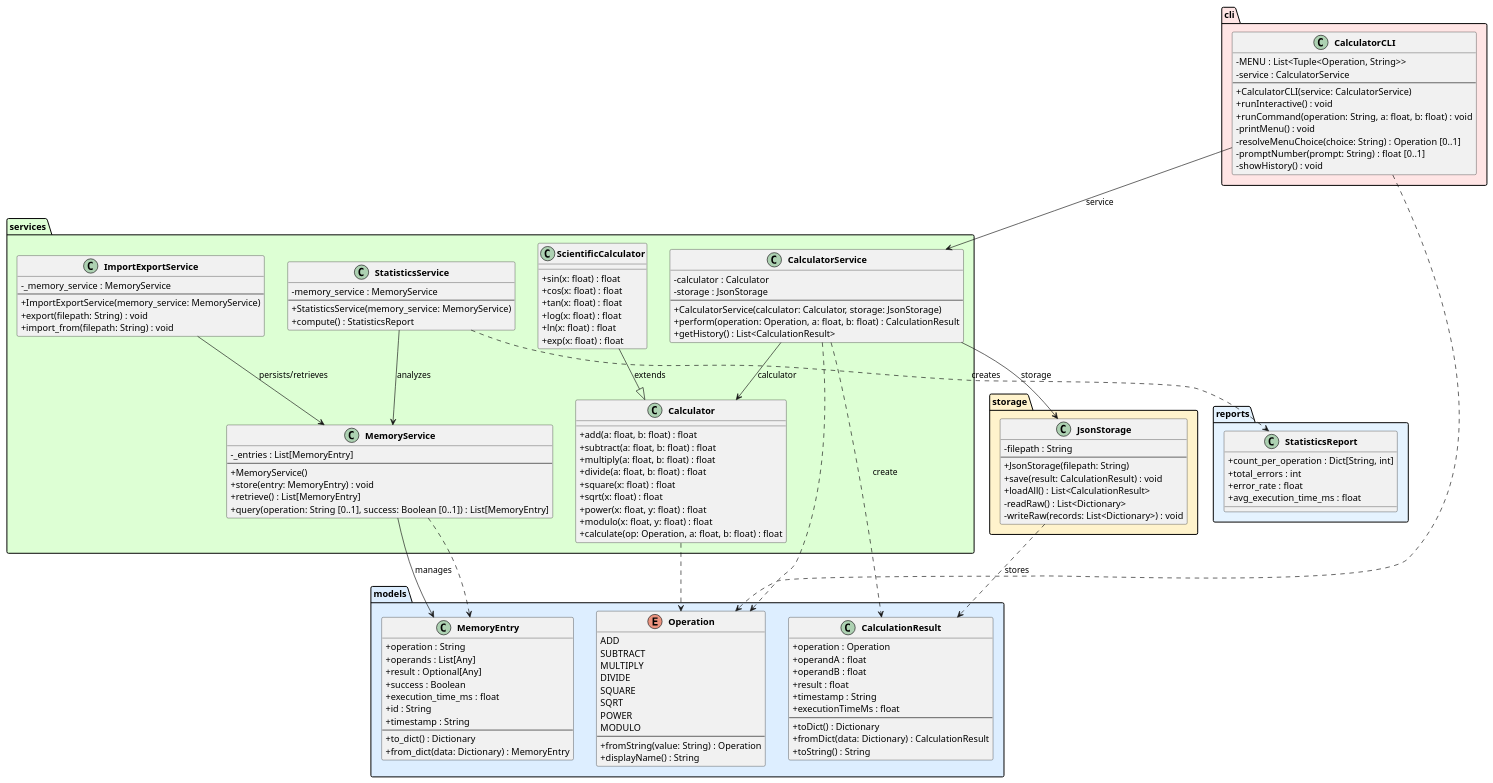
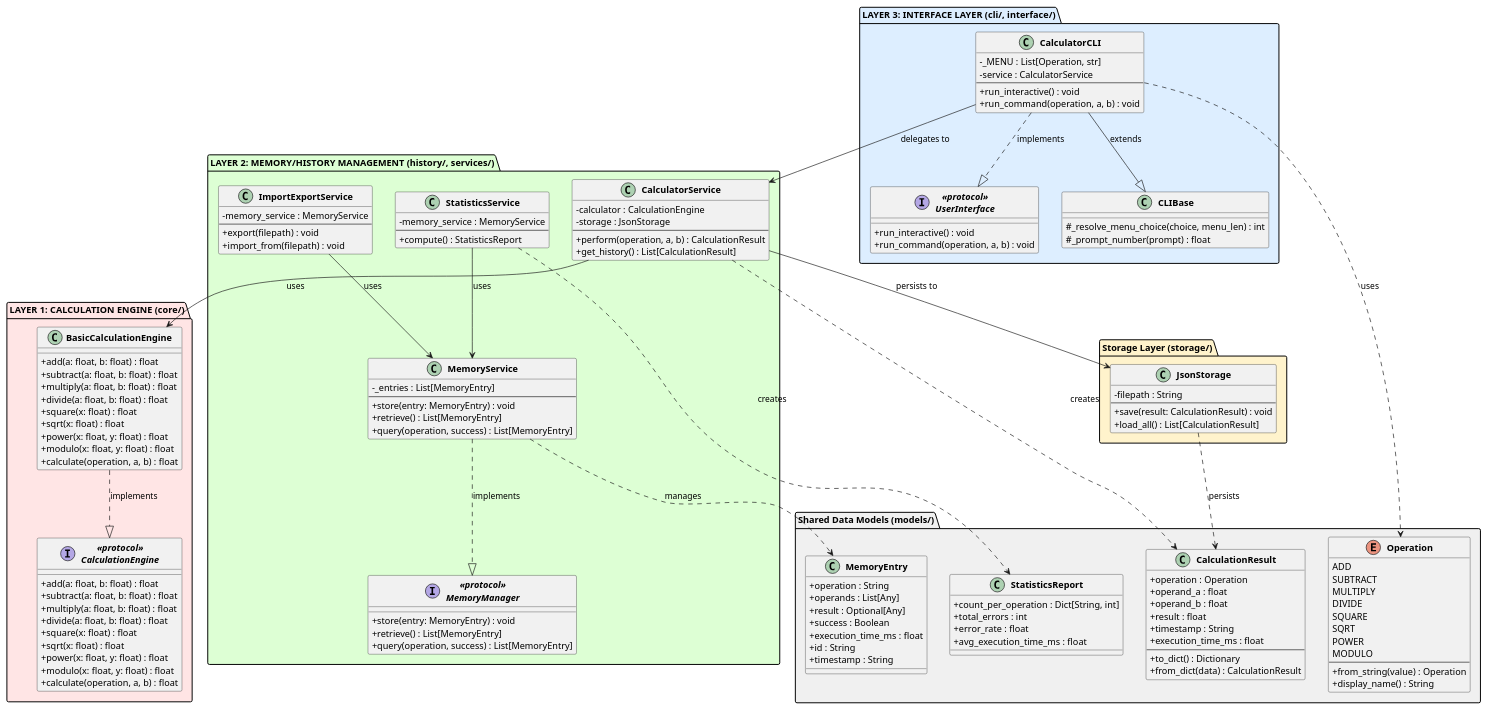
The diagram in experiments/broadcast/test_driven/calculator/artifacts/class_diagram.puml (DanielRiha8906/Software_autoevolution_using_agents), drawn with PlantUML before and after one commit. The commit also changed other lines of this file and 17 other files, not shown here.

```diff
--- a/experiments/broadcast/test_driven/calculator/artifacts/class_diagram.puml
+++ b/experiments/broadcast/test_driven/calculator/artifacts/class_diagram.puml
@@ -1,157 +1,183 @@
 @startuml class_diagram
 
 skinparam classAttributeIconSize 0
 skinparam classFontStyle bold
 
-package "models" #DDEEFF {
+' ============================================================================
+' LAYER 1: CALCULATION ENGINE (Pure, Stateless Logic)
+' ============================================================================
+package "LAYER 1: CALCULATION ENGINE (core/)" #FFE5E5 {
+    interface "<<protocol>>\nCalculationEngine" as CalcEngineProto {
+        +add(a: float, b: float) : float
+        +subtract(a: float, b: float) : float
+        +multiply(a: float, b: float) : float
+        +divide(a: float, b: float) : float
+        +square(x: float) : float
+        +sqrt(x: float) : float
+        +power(x: float, y: float) : float
+        +modulo(x: float, y: float) : float
+        +calculate(operation, a, b) : float
+    }
+
+    class BasicCalculationEngine {
+        +add(a: float, b: float) : float
+        +subtract(a: float, b: float) : float
+        +multiply(a: float, b: float) : float
+        +divide(a: float, b: float) : float
+        +square(x: float) : float
+        +sqrt(x: float) : float
+        +power(x: float, y: float) : float
+        +modulo(x: float, y: float) : float
+        +calculate(operation, a, b) : float
+    }
+
+    BasicCalculationEngine ..|> CalcEngineProto : implements
+}
+
+' ============================================================================
+' LAYER 2: MEMORY/HISTORY MANAGEMENT (Storage & Tracking)
+' ============================================================================
+package "LAYER 2: MEMORY/HISTORY MANAGEMENT (history/, services/)" #DDFFD4 {
+    interface "<<protocol>>\nMemoryManager" as MemoryManagerProto {
+        +store(entry: MemoryEntry) : void
+        +retrieve() : List[MemoryEntry]
+        +query(operation, success) : List[MemoryEntry]
+    }
+
+    class MemoryService {
+        -_entries : List[MemoryEntry]
+        --
+        +store(entry: MemoryEntry) : void
+        +retrieve() : List[MemoryEntry]
+        +query(operation, success) : List[MemoryEntry]
+    }
+
+    class CalculatorService {
+        -calculator : CalculationEngine
+        -storage : JsonStorage
+        --
+        +perform(operation, a, b) : CalculationResult
+        +get_history() : List[CalculationResult]
+    }
+
+    class StatisticsService {
+        -memory_service : MemoryService
+        --
+        +compute() : StatisticsReport
+    }
+
+    class ImportExportService {
+        -memory_service : MemoryService
+        --
+        +export(filepath) : void
+        +import_from(filepath) : void
+    }
+
+    MemoryService ..|> MemoryManagerProto : implements
+    StatisticsService --> MemoryService : uses
+    ImportExportService --> MemoryService : uses
+}
+
+package "Storage Layer (storage/)" #FFF3CC {
+    class JsonStorage {
+        -filepath : String
+        --
+        +save(result: CalculationResult) : void
+        +load_all() : List[CalculationResult]
+    }
+
+    CalculatorService --> JsonStorage : persists to
+}
+
+' ============================================================================
+' LAYER 3: INTERFACE LAYER (User Interaction)
+' ============================================================================
+package "LAYER 3: INTERFACE LAYER (cli/, interface/)" #DDEEFF {
+    interface "<<protocol>>\nUserInterface" as UIProto {
+        +run_interactive() : void
+        +run_command(operation, a, b) : void
+    }
+
+    class CLIBase {
+        #_resolve_menu_choice(choice, menu_len) : int
+        #_prompt_number(prompt) : float
+    }
+
+    class CalculatorCLI {
+        -_MENU : List[Operation, str]
+        -service : CalculatorService
+        --
+        +run_interactive() : void
+        +run_command(operation, a, b) : void
+    }
+
+    CalculatorCLI --|> CLIBase : extends
+    CalculatorCLI ..|> UIProto : implements
+    CalculatorCLI --> CalculatorService : delegates to
+}
+
+' ============================================================================
+' SHARED DATA MODELS (models/)
+' ============================================================================
+package "Shared Data Models (models/)" #F0F0F0 {
     enum Operation {
         ADD
         SUBTRACT
         MULTIPLY
         DIVIDE
         SQUARE
         SQRT
         POWER
         MODULO
         --
-        +fromString(value: String) : Operation
-        +displayName() : String
+        +from_string(value) : Operation
+        +display_name() : String
     }
 
     class CalculationResult {
         +operation : Operation
-        +operandA : float
-        +operandB : float
+        +operand_a : float
+        +operand_b : float
         +result : float
         +timestamp : String
-        +executionTimeMs : float
+        +execution_time_ms : float
         --
-        +toDict() : Dictionary
-        +fromDict(data: Dictionary) : CalculationResult
-        +toString() : String
+        +to_dict() : Dictionary
+        +from_dict(data) : CalculationResult
     }
 
     class MemoryEntry {
         +operation : String
         +operands : List[Any]
         +result : Optional[Any]
         +success : Boolean
         +execution_time_ms : float
         +id : String
         +timestamp : String
-        --
-        +to_dict() : Dictionary
-        +from_dict(data: Dictionary) : MemoryEntry
-    }
-}
-
-package "services" #DDFFD4 {
-    class Calculator {
-        +add(a: float, b: float) : float
-        +subtract(a: float, b: float) : float
-        +multiply(a: float, b: float) : float
-        +divide(a: float, b: float) : float
-        +square(x: float) : float
-        +sqrt(x: float) : float
-        +power(x: float, y: float) : float
-        +modulo(x: float, y: float) : float
-        +calculate(op: Operation, a: float, b: float) : float
     }
 
-    class ScientificCalculator {
-        +sin(x: float) : float
-        +cos(x: float) : float
-        +tan(x: float) : float
-        +log(x: float) : float
-        +ln(x: float) : float
-        +exp(x: float) : float
-    }
-
-    class CalculatorService {
-        -calculator : Calculator
-        -storage : JsonStorage
-        --
-        +CalculatorService(calculator: Calculator, storage: JsonStorage)
-        +perform(operation: Operation, a: float, b: float) : CalculationResult
-        +getHistory() : List<CalculationResult>
-    }
-
-    class MemoryService {
-        -_entries : List[MemoryEntry]
-        --
-        +MemoryService()
-        +store(entry: MemoryEntry) : void
-        +retrieve() : List[MemoryEntry]
-        +query(operation: String [0..1], success: Boolean [0..1]) : List[MemoryEntry]
-    }
-
-    class StatisticsService {
-        -memory_service : MemoryService
-        --
-        +StatisticsService(memory_service: MemoryService)
-        +compute() : StatisticsReport
-    }
-
-    class ImportExportService {
-        -_memory_service : MemoryService
-        --
-        +ImportExportService(memory_service: MemoryService)
-        +export(filepath: String) : void
-        +import_from(filepath: String) : void
-    }
-}
-
-package "reports" #E5F3FF {
     class StatisticsReport {
         +count_per_operation : Dict[String, int]
         +total_errors : int
         +error_rate : float
         +avg_execution_time_ms : float
     }
 }
 
-package "storage" #FFF3CC {
-    class JsonStorage {
-        -filepath : String
-        --
-        +JsonStorage(filepath: String)
-        +save(result: CalculationResult) : void
-        +loadAll() : List<CalculationResult>
-        -readRaw() : List<Dictionary>
-        -writeRaw(records: List<Dictionary>) : void
-    }
-}
+' ============================================================================
+' DEPENDENCIES (Upward Flow - No Circular Dependencies)
+' ============================================================================
 
-package "cli" #FFE5E5 {
-    class CalculatorCLI {
-        -MENU : List<Tuple<Operation, String>>
-        -service : CalculatorService
-        --
-        +CalculatorCLI(service: CalculatorService)
-        +runInteractive() : void
-        +runCommand(operation: String, a: float, b: float) : void
-        -printMenu() : void
-        -resolveMenuChoice(choice: String) : Operation [0..1]
-        -promptNumber(prompt: String) : float [0..1]
-        -showHistory() : void
-    }
-}
+' Layer 3 -> Layer 2
+CalculatorCLI ..> Operation : uses
 
-ScientificCalculator --|> Calculator : extends
+' Layer 2 -> Layer 1
+CalculatorService --> BasicCalculationEngine : uses
+CalculatorService ..> CalculationResult : creates
+MemoryService ..> MemoryEntry : manages
 
-CalculatorCLI --> CalculatorService : service
-CalculatorService --> Calculator : calculator
-CalculatorService --> JsonStorage : storage
-MemoryService --> MemoryEntry : manages
-StatisticsService --> MemoryService : analyzes
-ImportExportService --> MemoryService : persists/retrieves
+' Shared Models
 StatisticsService ..> StatisticsReport : creates
-
-CalculatorService ..> CalculationResult : create
-CalculatorService ..> Operation
-CalculatorCLI ..> Operation
-Calculator ..> Operation
-JsonStorage ..> CalculationResult : stores
-MemoryService ..> MemoryEntry
+JsonStorage ..> CalculationResult : persists
 
 @enduml
```
